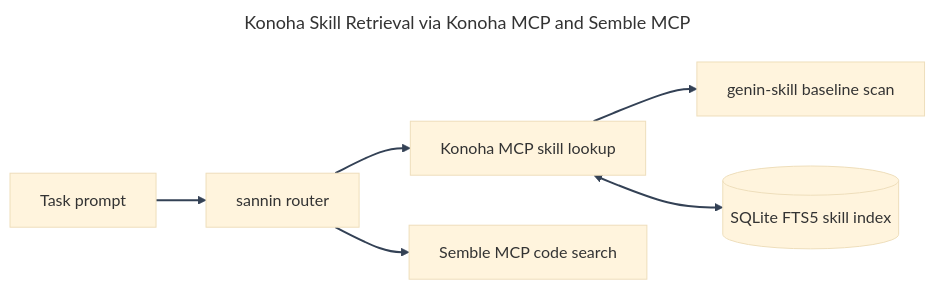
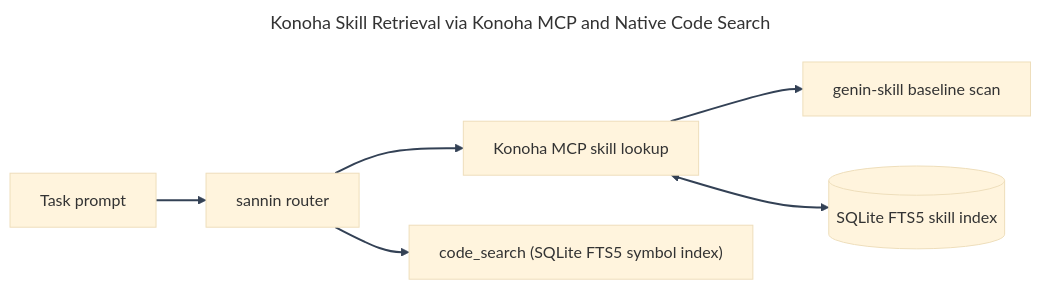
Before and after one commit to andycungkrinx91/konoha: the first of 2 diagrams in README.md, drawn with Mermaid. The commit also changed other lines of this file and 173 other files, not shown here.

````diff
--- a/README.md
+++ b/README.md
@@ -169,19 +169,19 @@
 ```mermaid
 ---
-title: Konoha Skill Retrieval via Konoha MCP and Semble MCP
+title: Konoha Skill Retrieval via Konoha MCP and Native Code Search
 config:
   theme: base
   themeVariables:
     fontFamily: 'Inter, system-ui, sans-serif'
   flowchart:
     wrappingWidth: 380
 ---
 flowchart LR
     Task["Task prompt"] --> Sannin["sannin router"]
     Sannin --> KonohaMCP["Konoha MCP skill lookup"]
     KonohaMCP --> GeninSkill["genin-skill baseline scan"]
-    Sannin --> SembleMCP["Semble MCP code search"]
+    Sannin --> CodeSearch["code_search (SQLite FTS5 symbol index)"]
     KonohaMCP <--> SQLiteFTS5[("SQLite FTS5 skill index")]
 
     linkStyle default stroke:#334155,stroke-width:2px;
 ```
````
